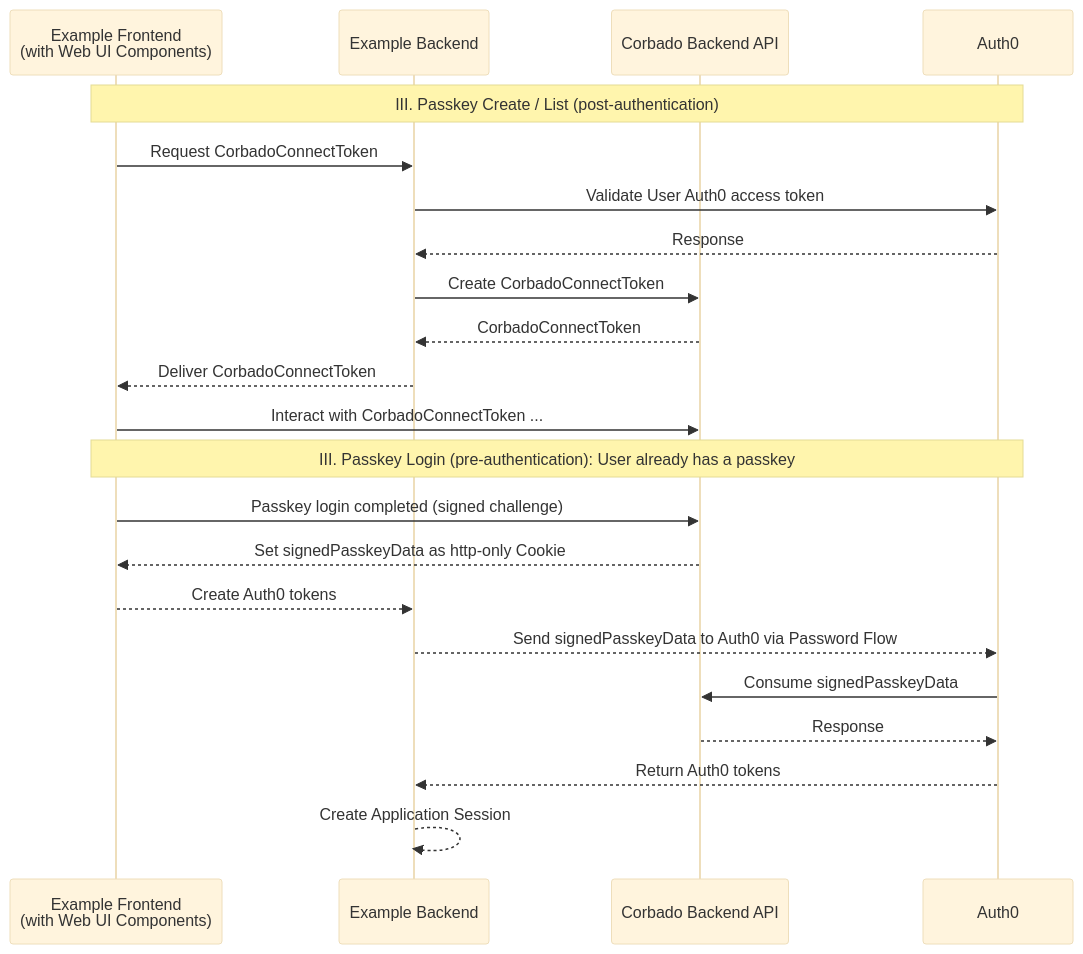
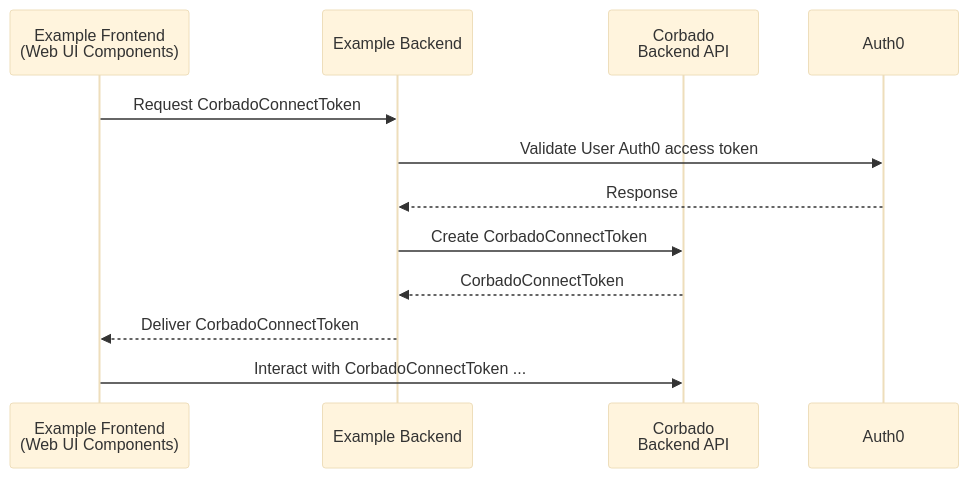
The first of 3 diagrams in corbado-connect/integration/auth0.mdx (corbadotech/docs), drawn with Mermaid (base theme) before and after one commit.

Commit message:
Finished mermaid charts

````diff
--- a/corbado-connect/integration/auth0.mdx
+++ b/corbado-connect/integration/auth0.mdx
@@ -98,28 +98,15 @@
 ```mermaid
 sequenceDiagram
-    participant ExampleFrontend as Example Frontend <br> (with Web UI Components)
+    participant ExampleFrontend as Example Frontend<br />(Web UI Components)
     participant ExampleBackend as Example Backend
-    participant CorbadoAPI as Corbado Backend API
+    participant BAPI as Corbado<br />Backend API
     participant Auth0 as Auth0
 
-    %% II. Passkey Create / List
-    Note over ExampleFrontend,Auth0: III. Passkey Create / List (post-authentication)
     ExampleFrontend->>ExampleBackend: Request CorbadoConnectToken
     ExampleBackend->>Auth0: Validate User Auth0 access token
     Auth0-->>ExampleBackend: Response
-    ExampleBackend->>CorbadoAPI: Create CorbadoConnectToken
-    CorbadoAPI-->>ExampleBackend: CorbadoConnectToken
+    ExampleBackend->>BAPI: Create CorbadoConnectToken
+    BAPI-->>ExampleBackend: CorbadoConnectToken
     ExampleBackend-->>ExampleFrontend: Deliver CorbadoConnectToken
-    ExampleFrontend->>CorbadoAPI: Interact with CorbadoConnectToken ...
-
-    %% III. Passkey Login
-    Note over ExampleFrontend,Auth0: III. Passkey Login (pre-authentication): User already has a passkey
-    ExampleFrontend->>CorbadoAPI: Passkey login completed (signed challenge)
-    CorbadoAPI-->>ExampleFrontend: Set signedPasskeyData as http-only Cookie
-    ExampleFrontend-->>ExampleBackend: Create Auth0 tokens
-    ExampleBackend-->>Auth0: Send signedPasskeyData to Auth0 via Password Flow
-    Auth0->>CorbadoAPI: Consume signedPasskeyData
-    CorbadoAPI-->>Auth0: Response
-    Auth0-->>ExampleBackend: Return Auth0 tokens
-    ExampleBackend-->>ExampleBackend: Create Application Session
+    ExampleFrontend->>BAPI: Interact with CorbadoConnectToken ...
 ```
````
